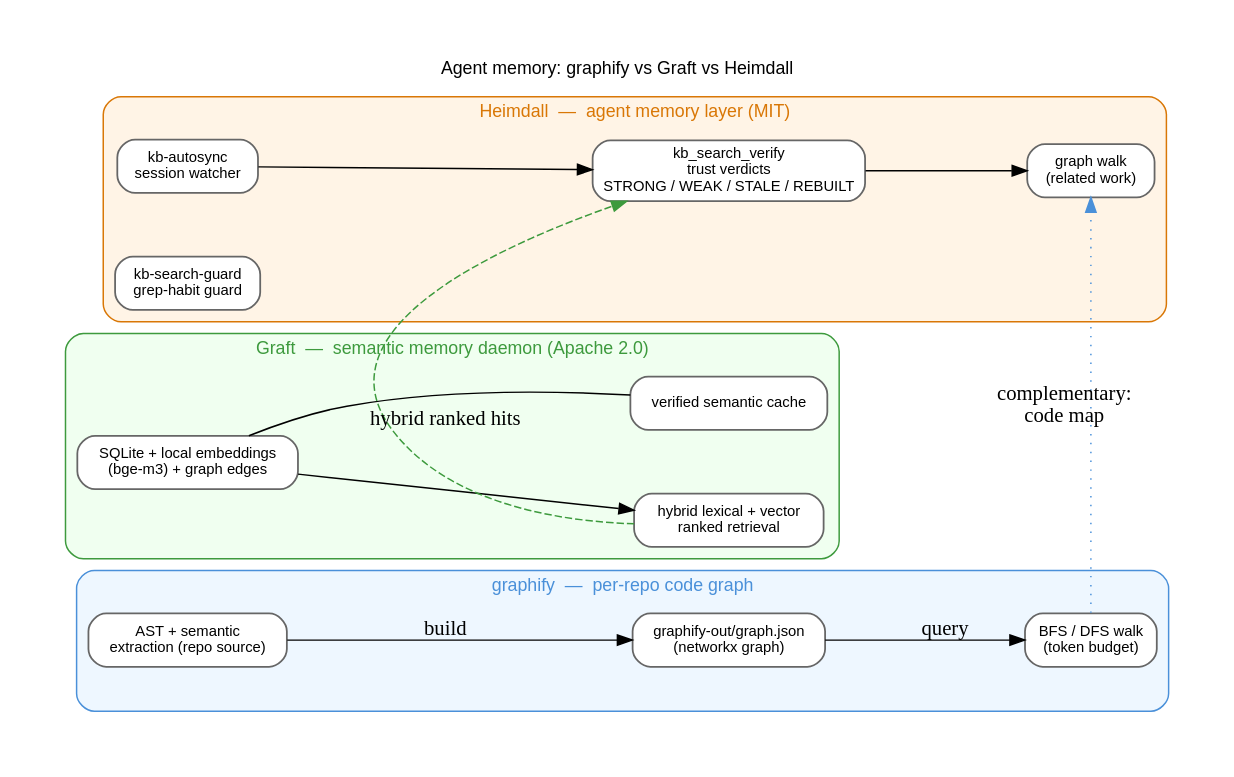
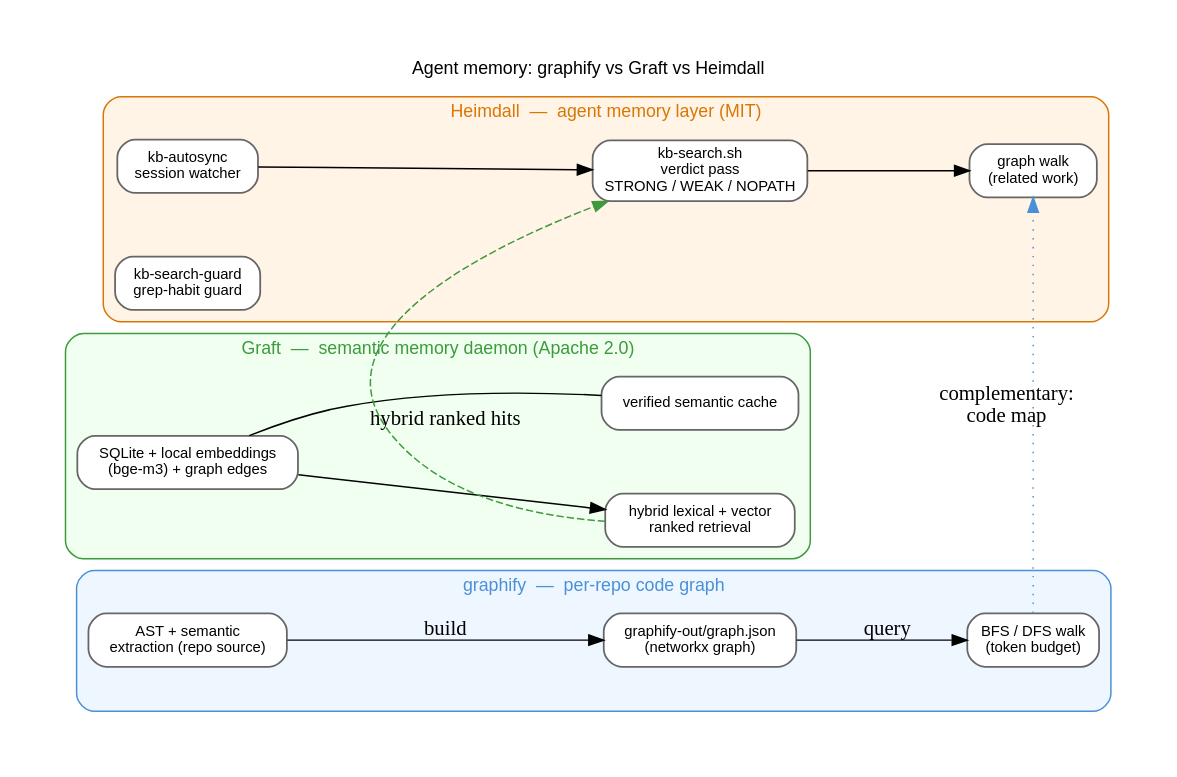
One commit to ArihantDeva/heimdall changed the diagram in docs/heimdall_compare.dot. Above: the diagram before and after it, drawn with Graphviz. The commit also changed 1 other file, not shown here.

Commit message:
docs: refresh comparison diagram for in-process verdict pass

```diff
--- a/docs/heimdall_compare.dot
+++ b/docs/heimdall_compare.dot
@@ -1,39 +1,40 @@
 digraph heimdall_compare {
     rankdir=LR;
     graph [fontname="Helvetica", fontsize=12, label="Agent memory: graphify vs Graft vs Heimdall", labelloc=t, pad=0.4, nodesep=0.6, ranksep=0.9, splines=true];
     node [fontname="Helvetica", fontsize=10, shape=box, style="rounded,filled", fillcolor="#ffffff", color="#666666", penwidth=1.2];
 
     subgraph cluster_graphify {
         label="graphify  —  per-repo code graph";
         style="rounded,filled"; fillcolor="#eef7ff"; color="#4a90d9"; fontcolor="#4a90d9";
         g_node [label="AST + semantic\nextraction (repo source)"];
         g_graph [label="graphify-out/graph.json\n(networkx graph)"];
         g_query [label="BFS / DFS walk\n(token budget)"];
         g_node -> g_graph [label="build"];
         g_graph -> g_query [label="query"];
     }
 
     subgraph cluster_graft {
         label="Graft  —  semantic memory daemon (Apache 2.0)";
         style="rounded,filled"; fillcolor="#f0fff0"; color="#3d9a3d"; fontcolor="#3d9a3d";
         gr_store [label="SQLite + local embeddings\n(bge-m3) + graph edges"];
         gr_rank [label="hybrid lexical + vector\nranked retrieval"];
         gr_cache [label="verified semantic cache"];
         gr_store -> gr_rank;
         gr_store -> gr_cache [dir=none];
     }
 
     subgraph cluster_heimdall {
         label="Heimdall  —  agent memory layer (MIT)";
         style="rounded,filled"; fillcolor="#fff4e6"; color="#d97706"; fontcolor="#d97706";
         h_watch [label="kb-autosync\nsession watcher"];
-        h_verify [label="kb_search_verify\ntrust verdicts\nSTRONG / WEAK / STALE / REBUILT"];
+        h_verify [label="kb-search.sh
+verdict pass\nSTRONG / WEAK / NOPATH"];
         h_walk [label="graph walk\n(related work)"];
         h_guard [label="kb-search-guard\ngrep-habit guard"];
         h_watch -> h_verify;
         h_verify -> h_walk;
     }
 
     gr_rank -> h_verify [label="hybrid ranked hits", style=dashed, color="#3d9a3d", constraint=false];
     g_query -> h_walk [label="complementary:\ncode map", style=dotted, color="#4a90d9", constraint=false];
 }
```
